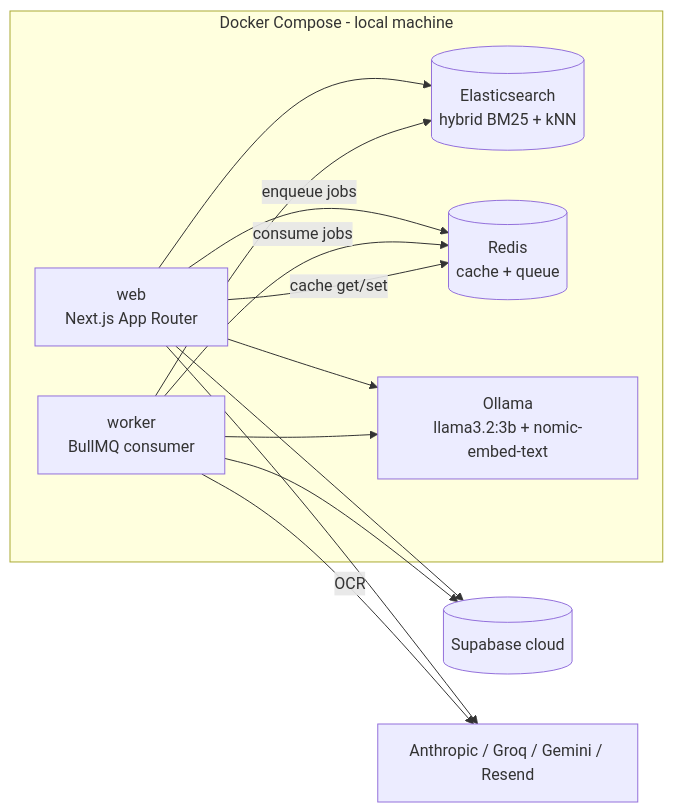
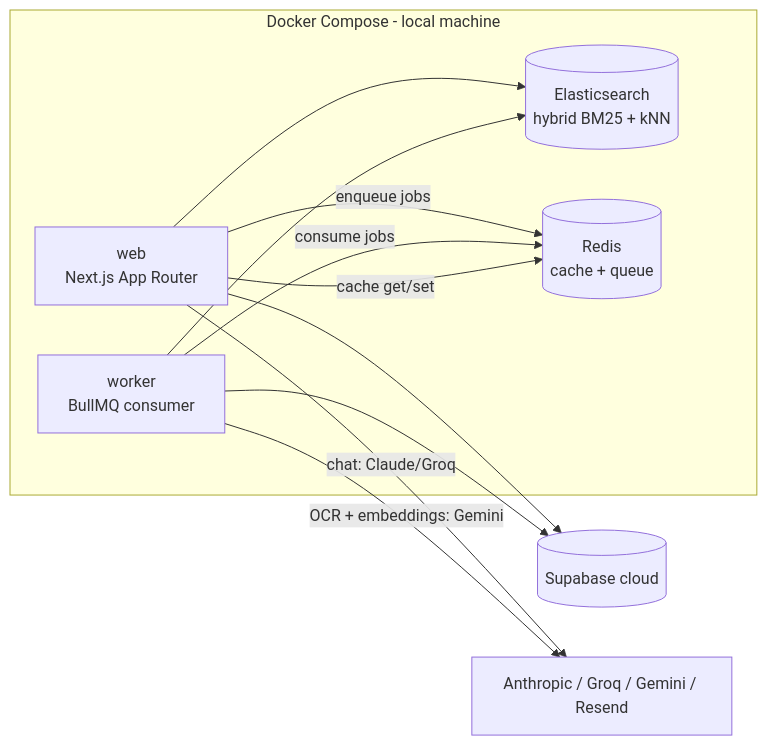
One commit to rukonpama54321/refinery-iq changed the second of 6 diagrams in docs/03-architecture.md. Above: the diagram before and after it, drawn with Mermaid. The commit also changed other lines of this file and 6 other files, not shown here.

````diff
--- a/docs/03-architecture.md
+++ b/docs/03-architecture.md
@@ -48,24 +48,21 @@
 ```mermaid
 flowchart LR
     subgraph Local Docker [Docker Compose - local machine]
       Web[web\nNext.js App Router]
       Worker[worker\nBullMQ consumer]
       ES[(Elasticsearch\nhybrid BM25 + kNN)]
       Redis[(Redis\ncache + queue)]
-      Ollama[Ollama\nllama3.2:3b + nomic-embed-text]
     end
     Supabase[(Supabase cloud)]
     Ext[Anthropic / Groq / Gemini / Resend]
 
     Web -->|enqueue jobs| Redis
     Worker -->|consume jobs| Redis
     Web --> ES
     Worker --> ES
-    Web --> Ollama
-    Worker --> Ollama
+    Web -->|chat: Claude/Groq| Ext
+    Worker -->|OCR + embeddings: Gemini| Ext
     Web --> Supabase
     Worker --> Supabase
-    Web --> Ext
-    Worker -->|OCR| Ext
     Web -->|cache get/set| Redis
 ```
````
